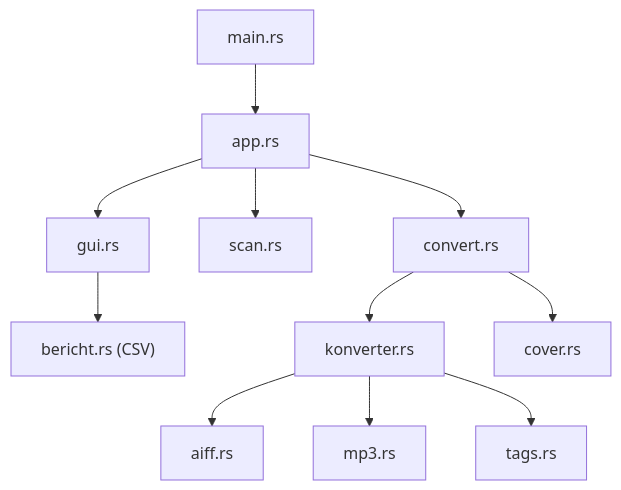
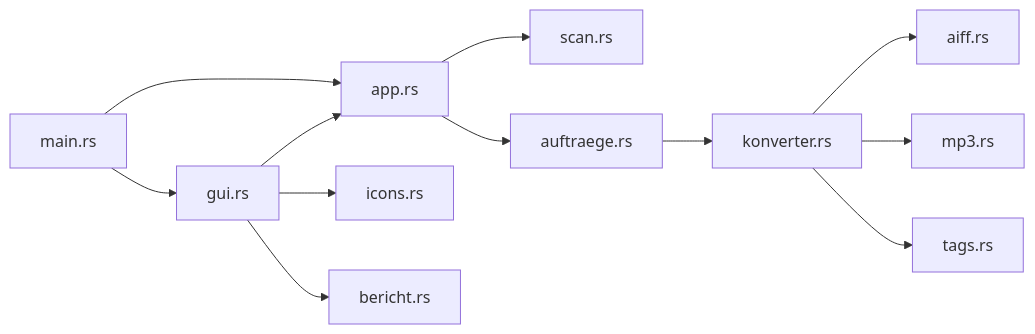
One commit to Senci/audio-konverter changed the diagram in wiki/index.md. Above: the diagram before and after it, drawn with Mermaid. The commit also changed other lines of this file and 41 other files, not shown here.

````diff
--- a/wiki/index.md
+++ b/wiki/index.md
@@ -5,13 +5,14 @@
 ```mermaid
-flowchart TD
+flowchart LR
     main["main.rs"] --> app["app.rs"]
-    app --> gui["gui.rs"]
+    main --> gui["gui.rs"]
+    gui --> app
+    gui --> icons["icons.rs"]
+    gui --> bericht["bericht.rs"]
     app --> scan["scan.rs"]
-    app --> convert["convert.rs"]
-    gui --> bericht["bericht.rs (CSV)"]
-    convert --> konverter["konverter.rs"]
+    app --> auftraege["auftraege.rs"]
+    auftraege --> konverter["konverter.rs"]
     konverter --> aiff["aiff.rs"]
     konverter --> mp3["mp3.rs"]
     konverter --> tags["tags.rs"]
-    convert --> cover["cover.rs"]
 ```
````
